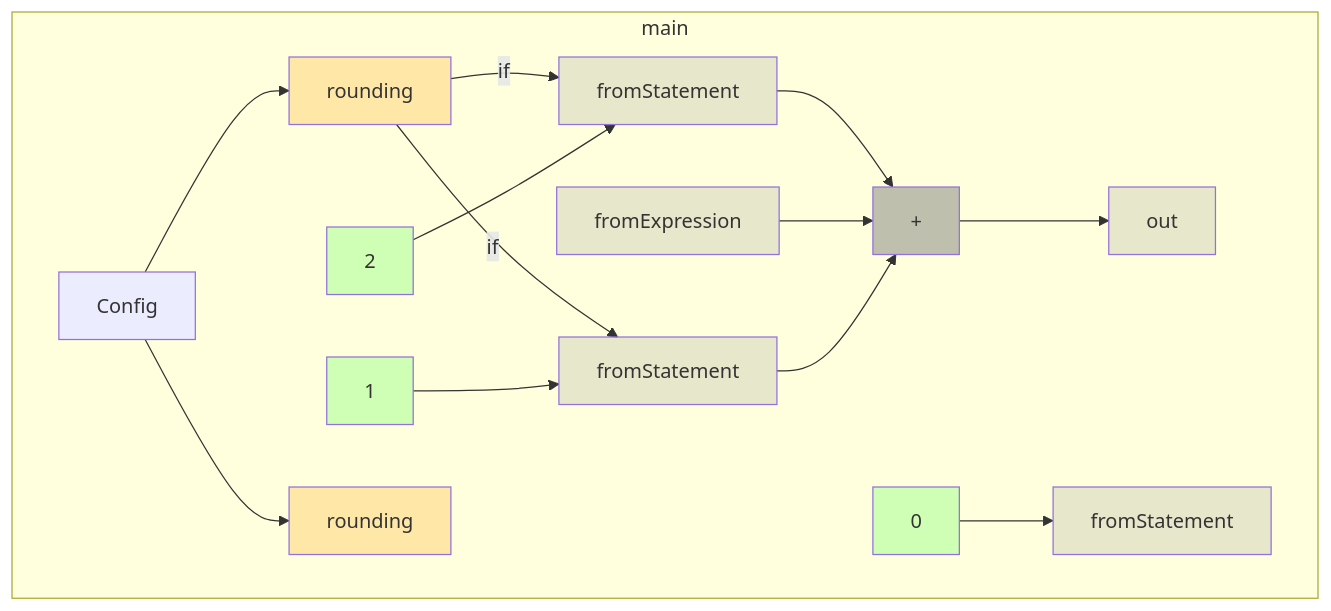
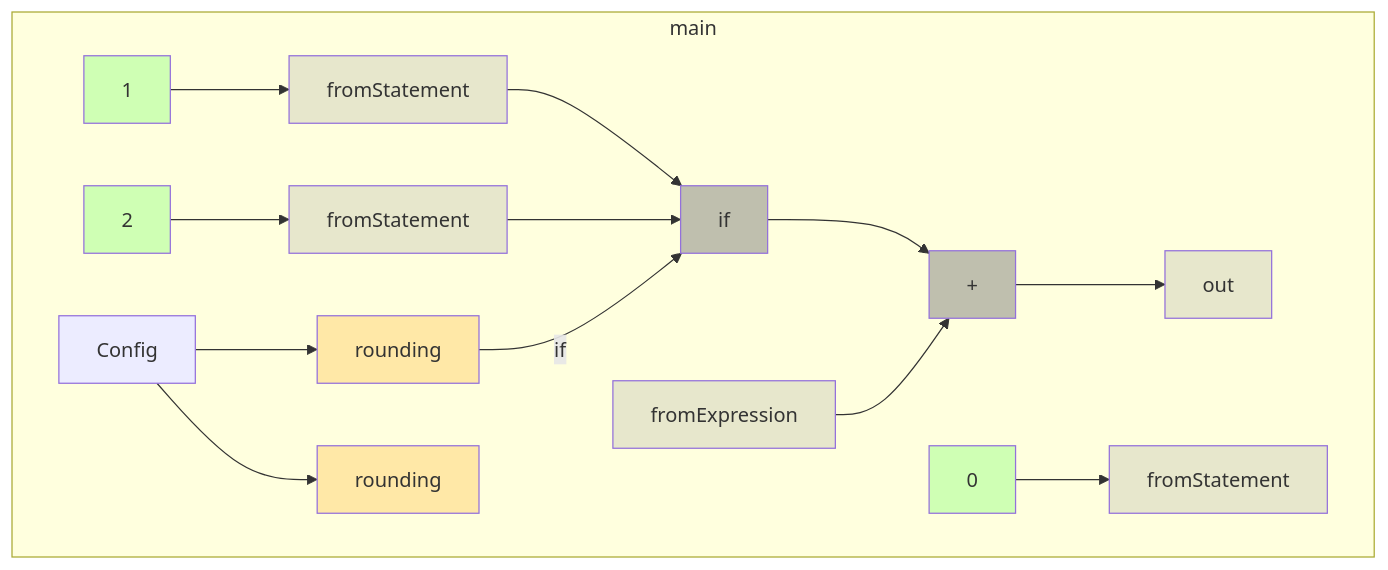
The diagram in app/src/test/resources/externalEnumSwitch/spike-truth.md (gstiebler/codeflow), drawn with Mermaid before and after one commit. The commit also changed 17 other files, not shown here.

````diff
--- a/app/src/test/resources/externalEnumSwitch/spike-truth.md
+++ b/app/src/test/resources/externalEnumSwitch/spike-truth.md
@@ -3,35 +3,36 @@
 ```mermaid
 flowchart TD
   subgraph m0["main"]
     n0["+"]:::BIN_OP
     n1["rounding"]:::EXTERNAL
     n2["rounding"]:::EXTERNAL
-    n3["0"]:::LITERAL
-    n4["1"]:::LITERAL
-    n5["2"]:::LITERAL
-    n6["Config"]:::OBJ_VARIABLE
-    n7["fromExpression"]:::VARIABLE
-    n8["fromStatement"]:::VARIABLE
+    n3["if"]:::BIN_OP
+    n4["0"]:::LITERAL
+    n5["1"]:::LITERAL
+    n6["2"]:::LITERAL
+    n7["Config"]:::OBJ_VARIABLE
+    n8["fromExpression"]:::VARIABLE
     n9["fromStatement"]:::VARIABLE
     n10["fromStatement"]:::VARIABLE
-    n11["out"]:::VARIABLE
+    n11["fromStatement"]:::VARIABLE
+    n12["out"]:::VARIABLE
   end
-  n0 --> n11
-  n1 -->|if| n10
-  n1 -->|if| n9
-  n10 --> n0
-  n3 --> n8
+  n0 --> n12
+  n1 -->|if| n3
+  n10 --> n3
+  n11 --> n3
+  n3 --> n0
   n4 --> n9
   n5 --> n10
-  n6 --> n1
-  n6 --> n2
-  n7 --> n0
-  n9 --> n0
+  n6 --> n11
+  n7 --> n1
+  n7 --> n2
+  n8 --> n0
   classDef LITERAL fill:#00FF0030
   classDef VARIABLE fill:#80808030
   classDef BIN_OP fill:#80808080
   classDef FUNC_PARAM fill:#8080FF30
   classDef RETURN fill:#FF808080
   classDef EXTERNAL fill:#FFA50040
   classDef UNMODELLED fill:#FF000030,stroke-dasharray: 4 2
 ```
````
